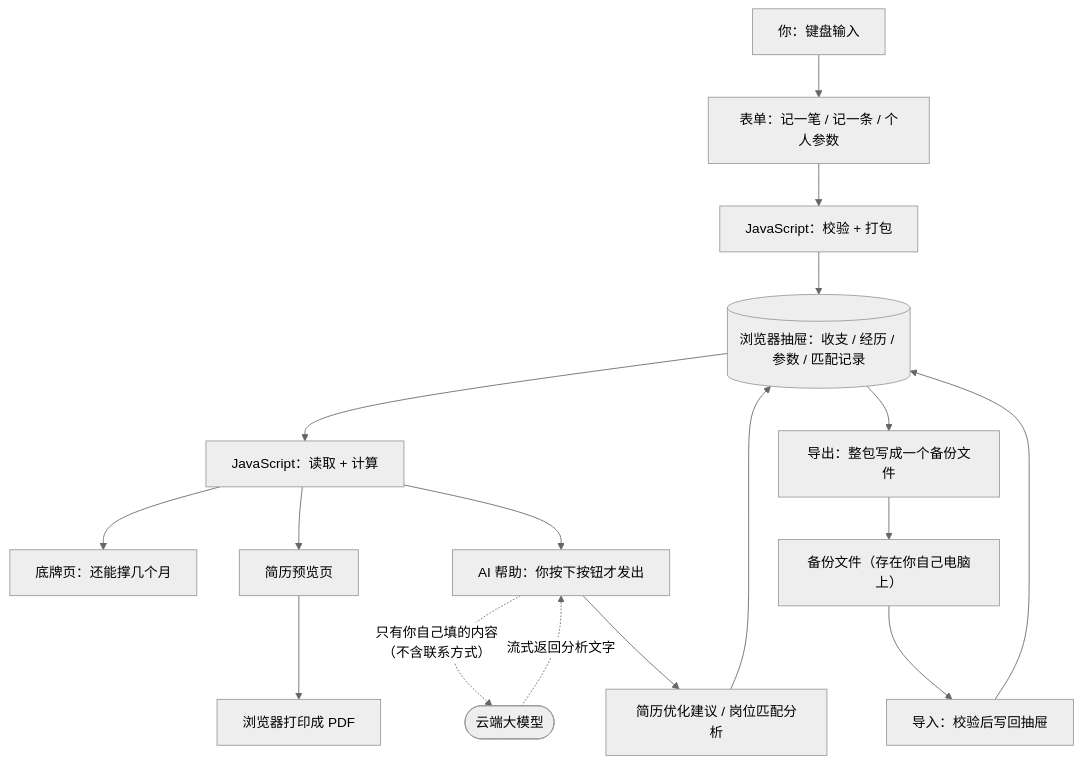
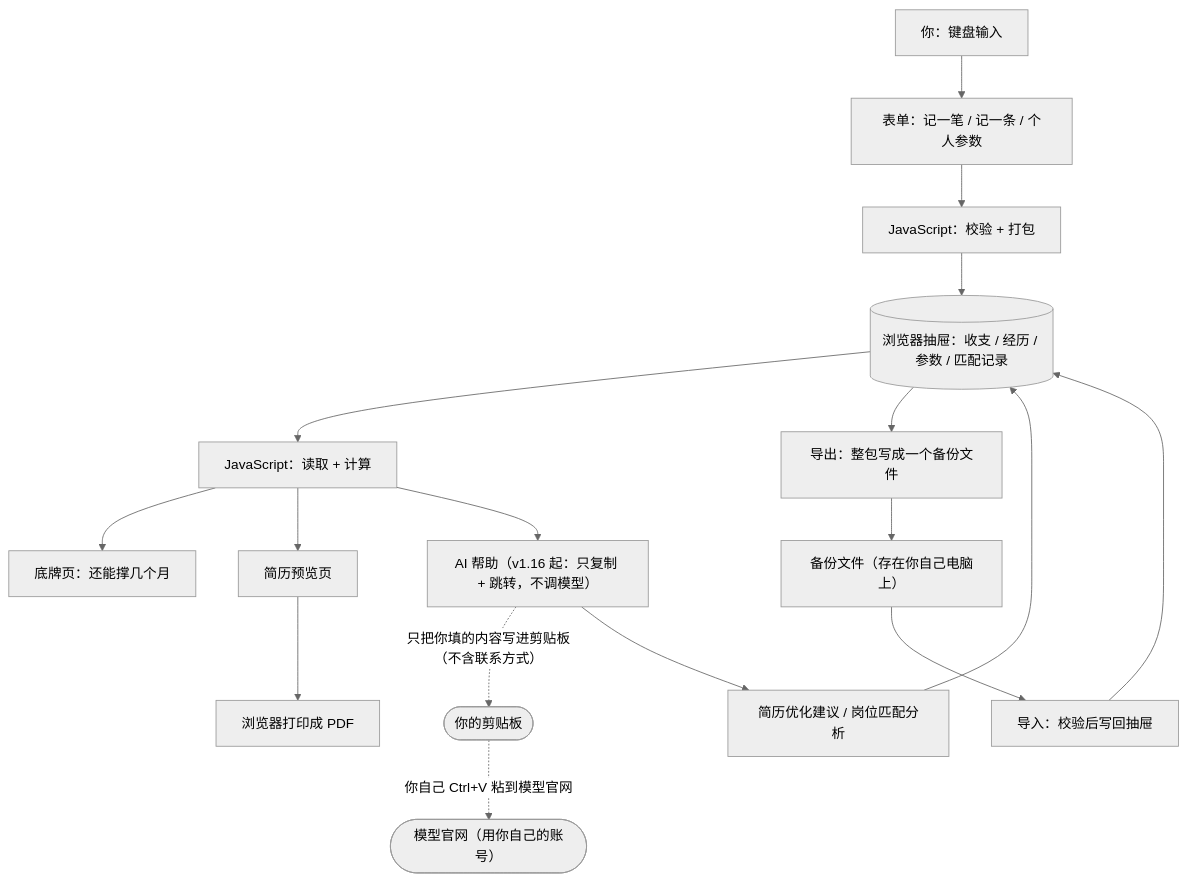
One commit to XingHo-VibeCoding/NEW-WAY changed the diagram in TECH_DESIGN.md. Above: the diagram before and after it, drawn with Mermaid (neutral theme). The commit also changed other lines of this file and 8 other files, not shown here.

````diff
--- a/TECH_DESIGN.md
+++ b/TECH_DESIGN.md
@@ -59,19 +62,19 @@
 ```mermaid
 flowchart TD
     U["你：键盘输入"] --> FORM["表单：记一笔 / 记一条 / 个人参数"]
     FORM --> SAVE["JavaScript：校验 + 打包"]
     SAVE --> STORE[("浏览器抽屉：收支 / 经历 / 参数 / 匹配记录")]
     STORE --> READ["JavaScript：读取 + 计算"]
     READ --> V1["底牌页：还能撑几个月"]
     READ --> V2["简历预览页"]
     V2 --> V3["浏览器打印成 PDF"]
     STORE --> E1["导出：整包写成一个备份文件"]
     E1 --> F1["备份文件（存在你自己电脑上）"]
     F1 --> E2["导入：校验后写回抽屉"]
     E2 --> STORE
-    READ --> AI["AI 帮助：你按下按钮才发出"]
-    AI -. "只有你自己填的内容<br/>（不含联系方式）" .-> CLOUD(["云端大模型"])
-    CLOUD -. "流式返回分析文字" .-> AI
+    READ --> AI["AI 帮助（v1.16 起：只复制 + 跳转，不调模型）"]
+    AI -. "只把你填的内容写进剪贴板<br/>（不含联系方式）" .-> CLIP(["你的剪贴板"])
+    CLIP -. "你自己 Ctrl+V 粘到模型官网" .-> CLOUD(["模型官网（用你自己的账号）"])
     AI --> V4["简历优化建议 / 岗位匹配分析"]
     V4 --> STORE
 ```
````
